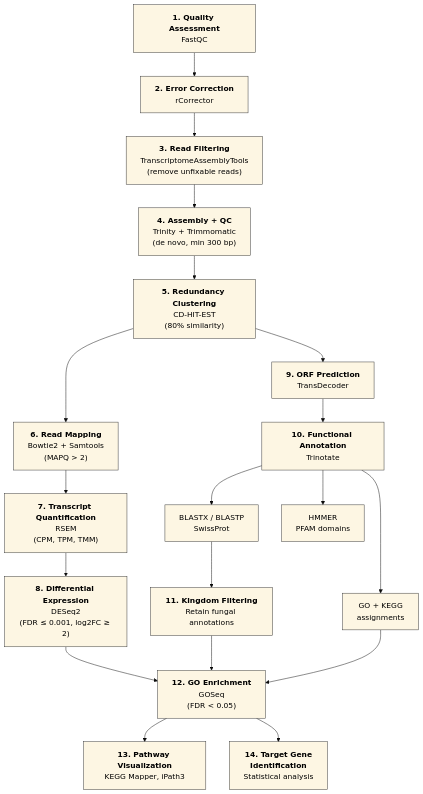
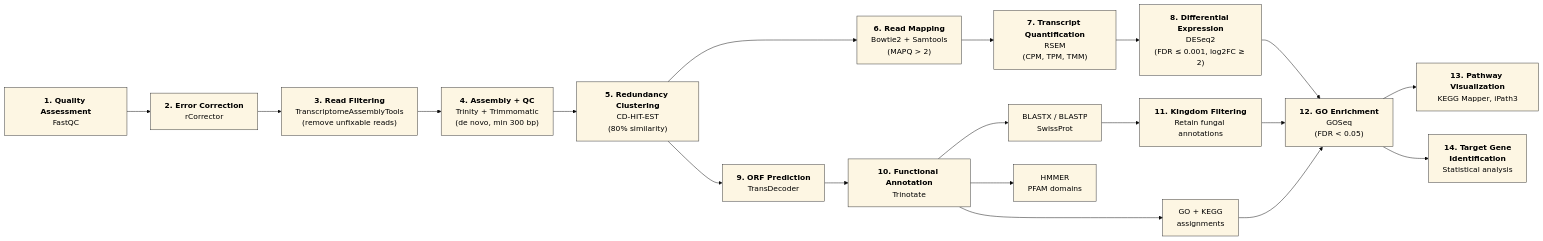
The diagram in README.md (n-bsub/Mold_metatranscriptomics), drawn with Mermaid before and after one commit.

Commit message:
Fix mermaid flowchart direction in README.md

````diff
--- a/README.md
+++ b/README.md
@@ -11,44 +11,44 @@
 ```mermaid
 %%{init: {'theme': 'base', 'themeVariables': {'fontFamily': 'Arial'}}}%%
-flowchart TD
+flowchart LR
     A["<b>1. Quality Assessment</b><br/>FastQC"] --> B["<b>2. Error Correction</b><br/>rCorrector"]
     B --> C["<b>3. Read Filtering</b><br/>TranscriptomeAssemblyTools<br/>(remove unfixable reads)"]
     C --> D["<b>4. Assembly + QC</b><br/>Trinity + Trimmomatic<br/>(de novo, min 300 bp)"]
     D --> E["<b>5. Redundancy Clustering</b><br/>CD-HIT-EST<br/>(80% similarity)"]
     E --> F["<b>6. Read Mapping</b><br/>Bowtie2 + Samtools<br/>(MAPQ > 2)"]
     F --> G["<b>7. Transcript Quantification</b><br/>RSEM<br/>(CPM, TPM, TMM)"]
     G --> H["<b>8. Differential Expression</b><br/>DESeq2<br/>(FDR ≤ 0.001, log2FC ≥ 2)"]
 
     E --> I["<b>9. ORF Prediction</b><br/>TransDecoder"]
     I --> J["<b>10. Functional Annotation</b><br/>Trinotate"]
     J --> K["BLASTX / BLASTP<br/>SwissProt"]
     J --> L["HMMER<br/>PFAM domains"]
     J --> M["GO + KEGG<br/>assignments"]
 
     K --> N["<b>11. Kingdom Filtering</b><br/>Retain fungal annotations"]
 
     H --> O["<b>12. GO Enrichment</b><br/>GOSeq<br/>(FDR < 0.05)"]
     N --> O
     M --> O
 
     O --> P["<b>13. Pathway Visualization</b><br/>KEGG Mapper, iPath3"]
     O --> Q["<b>14. Target Gene<br/>Identification</b><br/>Statistical analysis"]
 
     style A fill:#fdf6e3,stroke:#333,color:#000
     style B fill:#fdf6e3,stroke:#333,color:#000
     style C fill:#fdf6e3,stroke:#333,color:#000
     style D fill:#fdf6e3,stroke:#333,color:#000
     style E fill:#fdf6e3,stroke:#333,color:#000
     style F fill:#fdf6e3,stroke:#333,color:#000
     style G fill:#fdf6e3,stroke:#333,color:#000
     style H fill:#fdf6e3,stroke:#333,color:#000
     style I fill:#fdf6e3,stroke:#333,color:#000
     style J fill:#fdf6e3,stroke:#333,color:#000
     style K fill:#fdf6e3,stroke:#333,color:#000
     style L fill:#fdf6e3,stroke:#333,color:#000
     style M fill:#fdf6e3,stroke:#333,color:#000
     style N fill:#fdf6e3,stroke:#333,color:#000
     style O fill:#fdf6e3,stroke:#333,color:#000
     style P fill:#fdf6e3,stroke:#333,color:#000
     style Q fill:#fdf6e3,stroke:#333,color:#000
 ```
````
